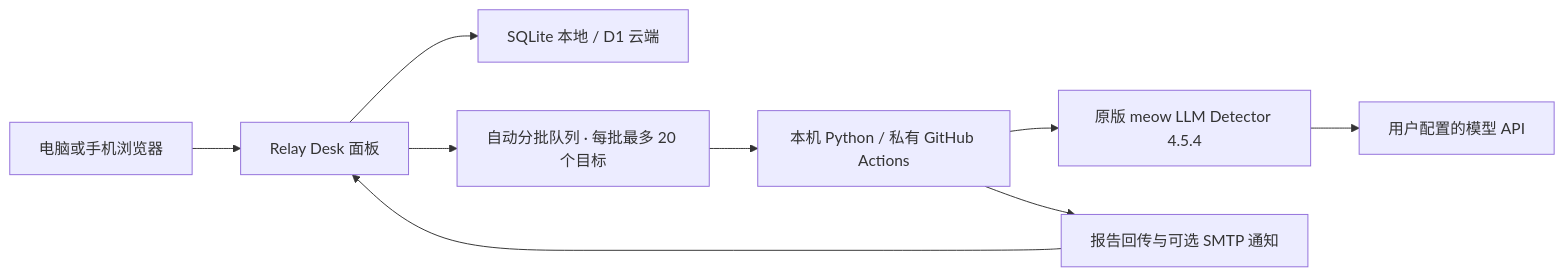
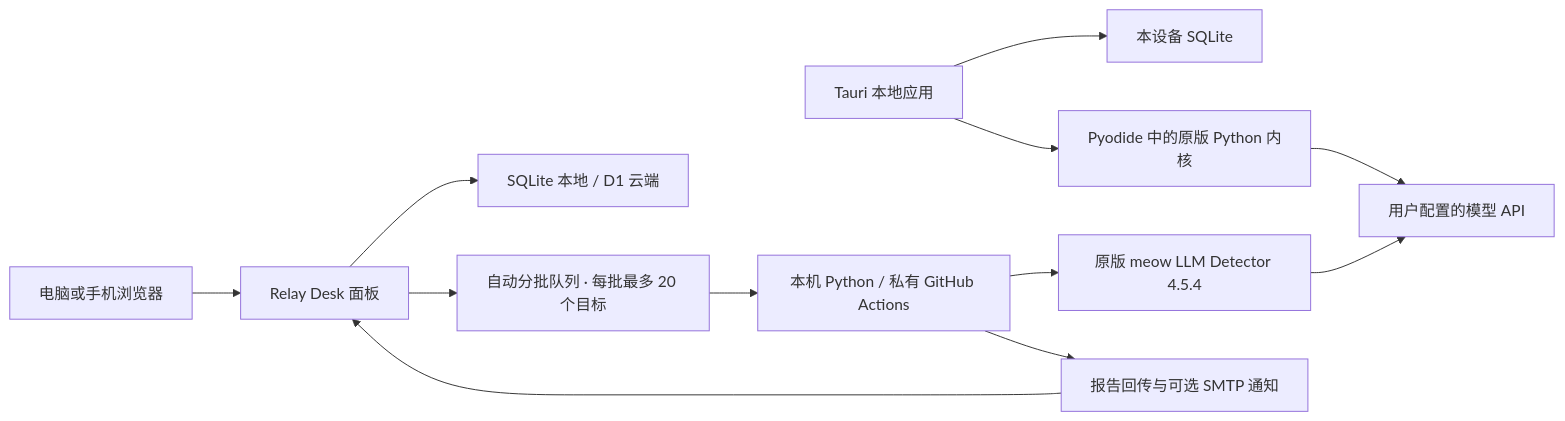
Before and after one commit to nethyzz/relay-desk-public: the diagram in README.md, drawn with Mermaid. The commit also changed other lines of this file and 106 other files, not shown here.

Commit message:
Release 1.3.0 with local native app and Mac downloads

````diff
--- a/README.md
+++ b/README.md
@@ -38,11 +60,14 @@
 ```mermaid
 flowchart LR
+    App[Tauri 本地应用] --> LocalDB[本设备 SQLite]
+    App --> Wasm[Pyodide 中的原版 Python 内核]
+    Wasm --> Provider[用户配置的模型 API]
     Browser[电脑或手机浏览器] --> Panel[Relay Desk 面板]
     Panel --> Database[SQLite 本地 / D1 云端]
     Panel --> Queue[自动分批队列 · 每批最多 20 个目标]
     Queue --> Runner[本机 Python / 私有 GitHub Actions]
     Runner --> Engine[原版 meow LLM Detector 4.5.4]
-    Engine --> Provider[用户配置的模型 API]
+    Engine --> Provider
     Runner --> Reports[报告回传与可选 SMTP 通知]
     Reports --> Panel
 ```
````
